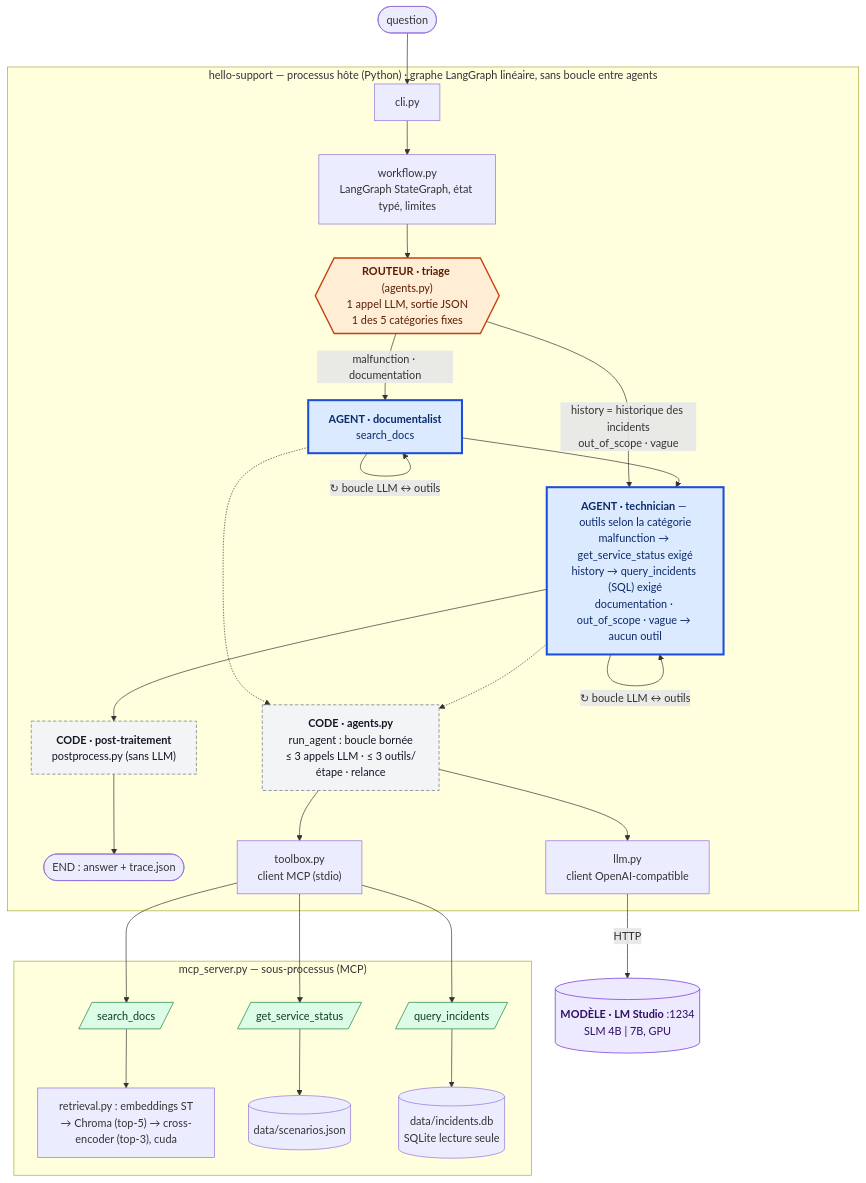
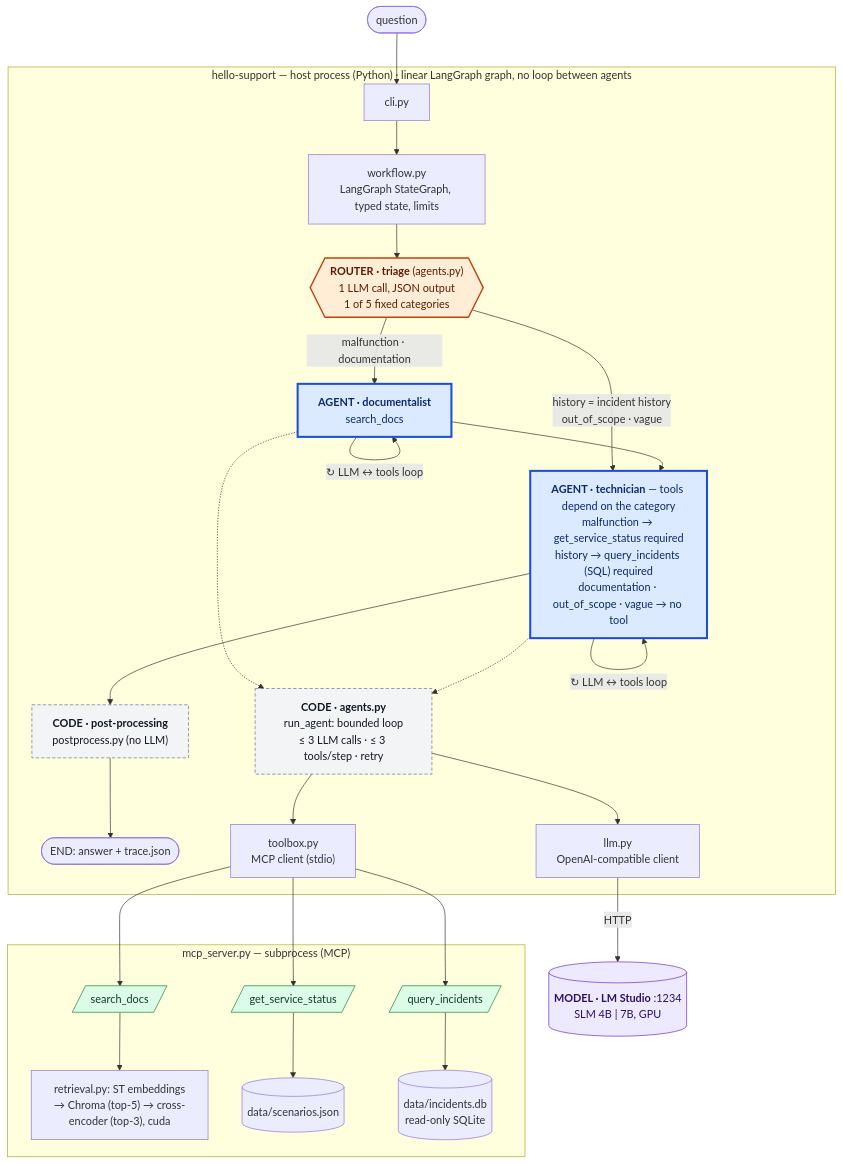
One commit to StephaneHe/HelloSupport changed the diagram in docs/SPEC.md. Above: the diagram before and after it, drawn with Mermaid. The commit also changed other lines of this file and 29 other files, not shown here.

````diff
--- a/docs/SPEC.md
+++ b/docs/SPEC.md
@@ -88,43 +87,43 @@
 ```mermaid
 flowchart TB
     Q(["question"]) --> CLI
 
-    subgraph HOST["hello-support — processus hôte (Python) · graphe LangGraph linéaire, sans boucle entre agents"]
-        CLI["cli.py"] --> WF["workflow.py<br/>LangGraph StateGraph, état typé, limites"]
-        WF --> TRI{{"<b>ROUTEUR · triage</b> (agents.py)<br/>1 appel LLM, sortie JSON<br/>1 des 5 catégories fixes"}}
+    subgraph HOST["hello-support — host process (Python) · linear LangGraph graph, no loop between agents"]
+        CLI["cli.py"] --> WF["workflow.py<br/>LangGraph StateGraph, typed state, limits"]
+        WF --> TRI{{"<b>ROUTER · triage</b> (agents.py)<br/>1 LLM call, JSON output<br/>1 of 5 fixed categories"}}
         TRI -->|"malfunction · documentation"| DOC["<b>AGENT · documentalist</b><br/>search_docs"]
-        TRI -->|"history = historique des incidents<br/>out_of_scope · vague"| TEC
-        DOC -->|"↻ boucle LLM ↔ outils"| DOC
-        DOC --> TEC["<b>AGENT · technician</b> — outils selon la catégorie<br/>malfunction → get_service_status exigé<br/>history → query_incidents (SQL) exigé<br/>documentation · out_of_scope · vague → aucun outil"]
-        TEC -->|"↻ boucle LLM ↔ outils"| TEC
-        TEC --> PP["<b>CODE · post-traitement</b><br/>postprocess.py (sans LLM)"]
-        PP --> FIN(["END : answer + trace.json"])
-        AG["<b>CODE · agents.py</b><br/>run_agent : boucle bornée<br/>≤ 3 appels LLM · ≤ 3 outils/étape · relance"]
-        LLM["llm.py<br/>client OpenAI-compatible"]
-        MC["toolbox.py<br/>client MCP (stdio)"]
+        TRI -->|"history = incident history<br/>out_of_scope · vague"| TEC
+        DOC -->|"↻ LLM ↔ tools loop"| DOC
+        DOC --> TEC["<b>AGENT · technician</b> — tools depend on the category<br/>malfunction → get_service_status required<br/>history → query_incidents (SQL) required<br/>documentation · out_of_scope · vague → no tool"]
+        TEC -->|"↻ LLM ↔ tools loop"| TEC
+        TEC --> PP["<b>CODE · post-processing</b><br/>postprocess.py (no LLM)"]
+        PP --> FIN(["END: answer + trace.json"])
+        AG["<b>CODE · agents.py</b><br/>run_agent: bounded loop<br/>≤ 3 LLM calls · ≤ 3 tools/step · retry"]
+        LLM["llm.py<br/>OpenAI-compatible client"]
+        MC["toolbox.py<br/>MCP client (stdio)"]
         DOC & TEC -.-> AG
         AG --> LLM
         AG --> MC
     end
 
-    LLM -- "HTTP" --> LMS[("<b>MODÈLE · LM Studio</b> :1234<br/>SLM 4B | 7B, GPU")]
+    LLM -- "HTTP" --> LMS[("<b>MODEL · LM Studio</b> :1234<br/>SLM 4B | 7B, GPU")]
 
-    subgraph SRV["mcp_server.py — sous-processus (MCP)"]
-        T1[/"search_docs"/] --> R["retrieval.py : embeddings ST<br/>→ Chroma (top-5) → cross-encoder (top-3), cuda"]
+    subgraph SRV["mcp_server.py — subprocess (MCP)"]
+        T1[/"search_docs"/] --> R["retrieval.py: ST embeddings<br/>→ Chroma (top-5) → cross-encoder (top-3), cuda"]
         T2[/"get_service_status"/] --> SC[("data/scenarios.json")]
-        T3[/"query_incidents"/] --> DB[("data/incidents.db<br/>SQLite lecture seule")]
+        T3[/"query_incidents"/] --> DB[("data/incidents.db<br/>read-only SQLite")]
     end
 
     MC --> T1 & T2 & T3
 
     classDef agent fill:#dbeafe,stroke:#1d4ed8,stroke-width:3px,color:#0b2a6b
     classDef router fill:#ffedd5,stroke:#c2410c,stroke-width:2px,color:#5a1d03
     classDef code fill:#f3f4f6,stroke:#6b7280,stroke-width:1px,stroke-dasharray:5 3,color:#111827
     classDef tool fill:#dcfce7,stroke:#15803d,color:#0f3d1f
     classDef model fill:#ede9fe,stroke:#6d28d9,color:#2e1065
     class DOC,TEC agent
     class TRI router
     class PP,AG code
     class T1,T2,T3 tool
     class LMS model
 ```
````
